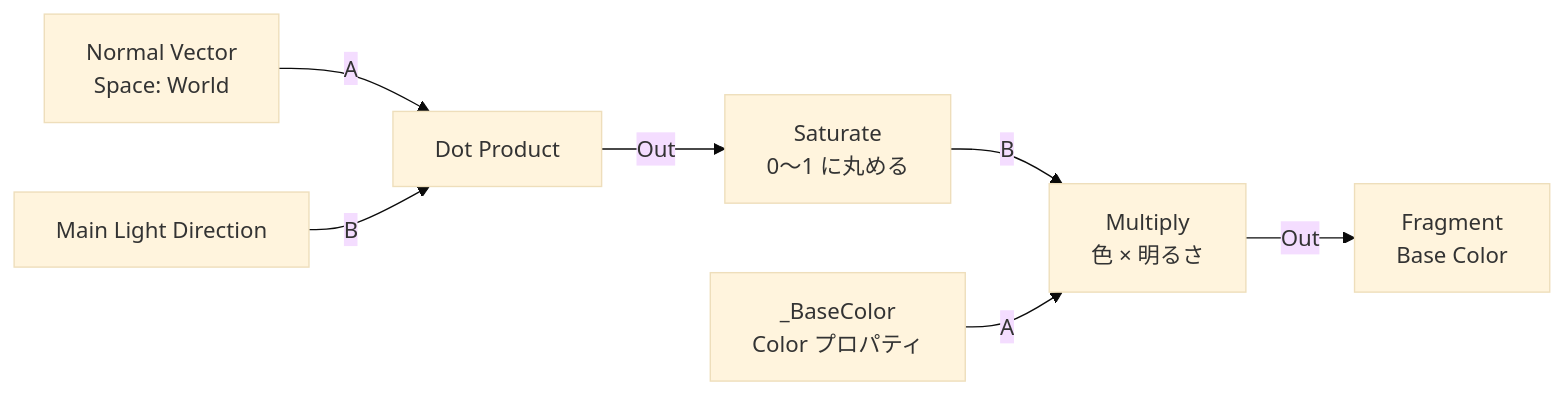
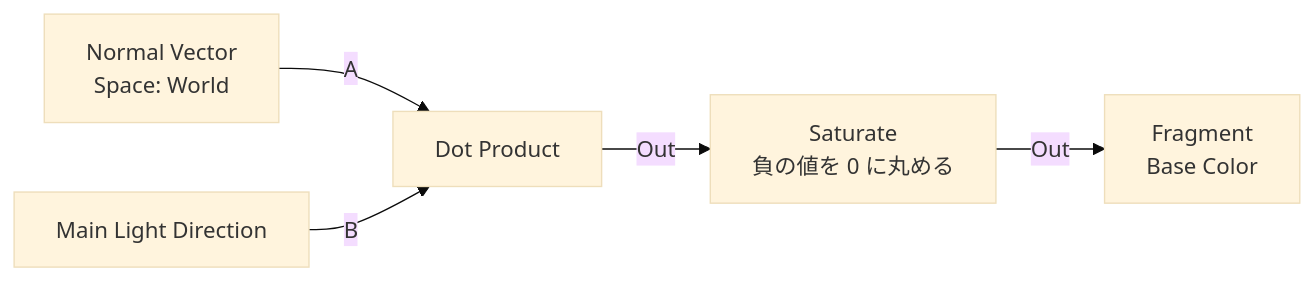
Before and after one commit to jshimura-DAS/URP_ShaderProgramming2: the eighth of 9 diagrams in Docs/Chapter09.md, drawn with Mermaid (base theme). The commit also changed other lines of this file and 14 other files, not shown here.

````diff
--- a/Docs/Chapter09.md
+++ b/Docs/Chapter09.md
@@ -2085,9 +800,7 @@
 ```mermaid
 flowchart LR
     N["Normal Vector<br/>Space: World"] -->|"A"| D["Dot Product"]
     L["Main Light Direction"] -->|"B"| D
-    D -->|"Out"| S["Saturate<br/>0〜1 に丸める"]
-    S -->|"B"| M["Multiply<br/>色 × 明るさ"]
-    C["_BaseColor<br/>Color プロパティ"] -->|"A"| M
-    M -->|"Out"| O["Fragment<br/>Base Color"]
+    D -->|"Out"| S["Saturate<br/>負の値を 0 に丸める"]
+    S -->|"Out"| F["Fragment<br/>Base Color"]
 ```
````
